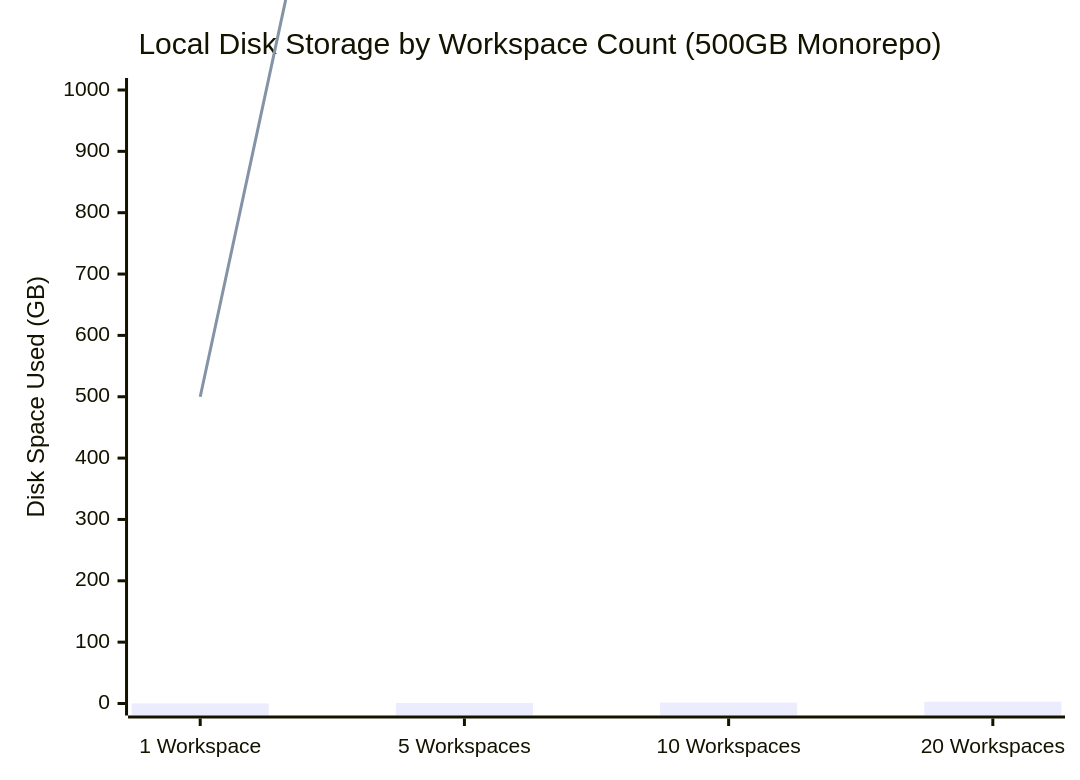
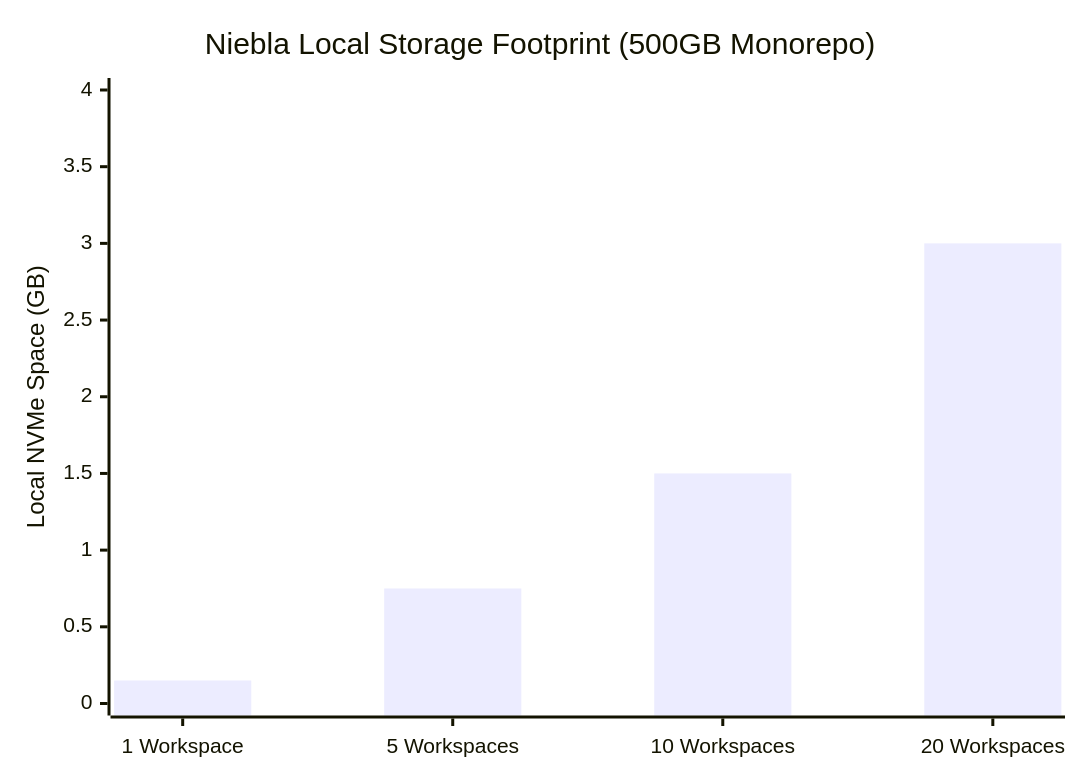
One commit to mrtnzjsh/niebla changed the second of 2 diagrams in docs-site/src/content/docs/workflows/workspaces.md. Above: the diagram before and after it, drawn with Mermaid. The commit also changed other lines of this file, not shown here.

Commit message:
docs(workflows): fix xychart-beta dual-scale stray line and add explicit storage comparison table

````diff
--- a/docs-site/src/content/docs/workflows/workspaces.md
+++ b/docs-site/src/content/docs/workflows/workspaces.md
@@ -94,8 +94,7 @@
 ```mermaid
 xychart-beta
-    title "Local Disk Storage by Workspace Count (500GB Monorepo)"
+    title "Niebla Local Storage Footprint (500GB Monorepo)"
     x-axis ["1 Workspace", "5 Workspaces", "10 Workspaces", "20 Workspaces"]
-    y-axis "Disk Space Used (GB)" 0 --> 1000
+    y-axis "Local NVMe Space (GB)" 0 --> 4
     bar [0.15, 0.75, 1.5, 3.0]
-    line [500, 2500, 5000, 10000]
 ```
````
